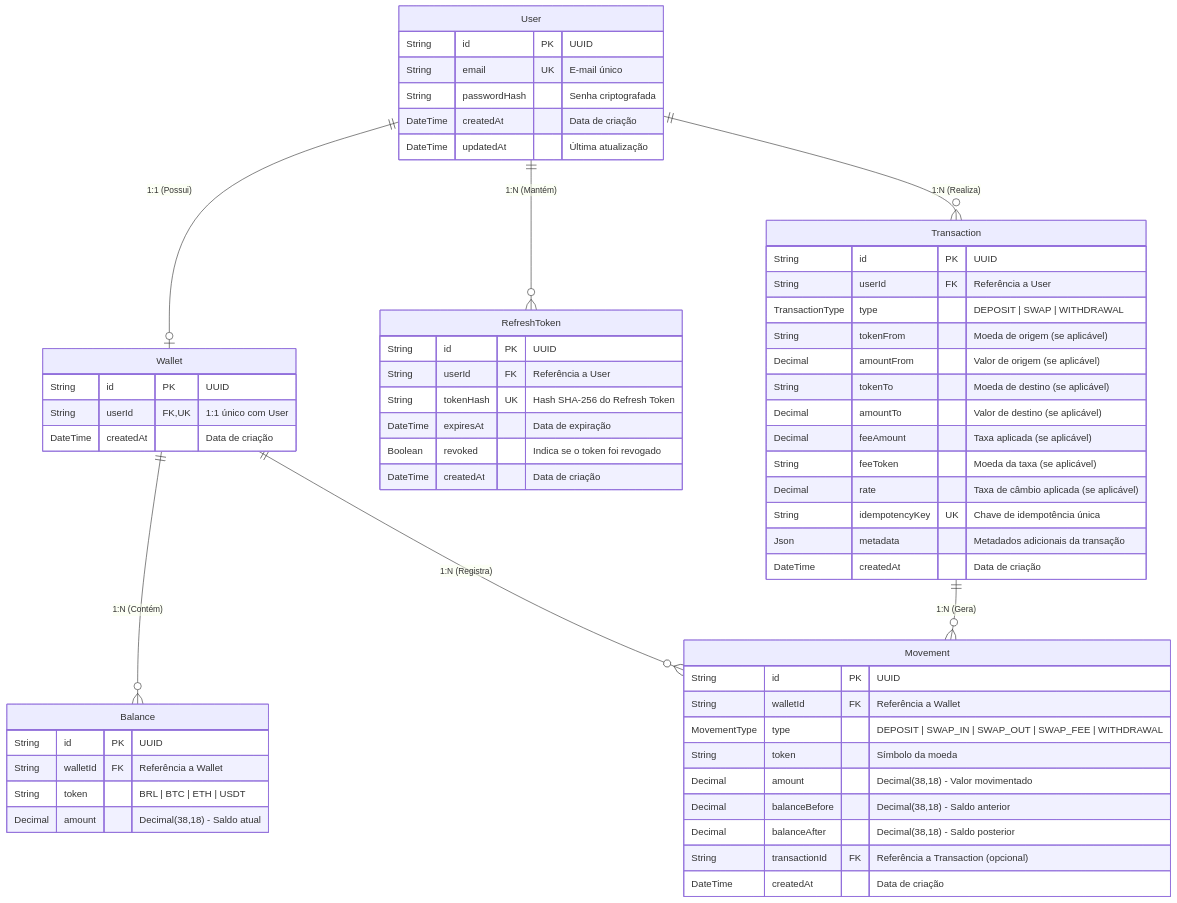
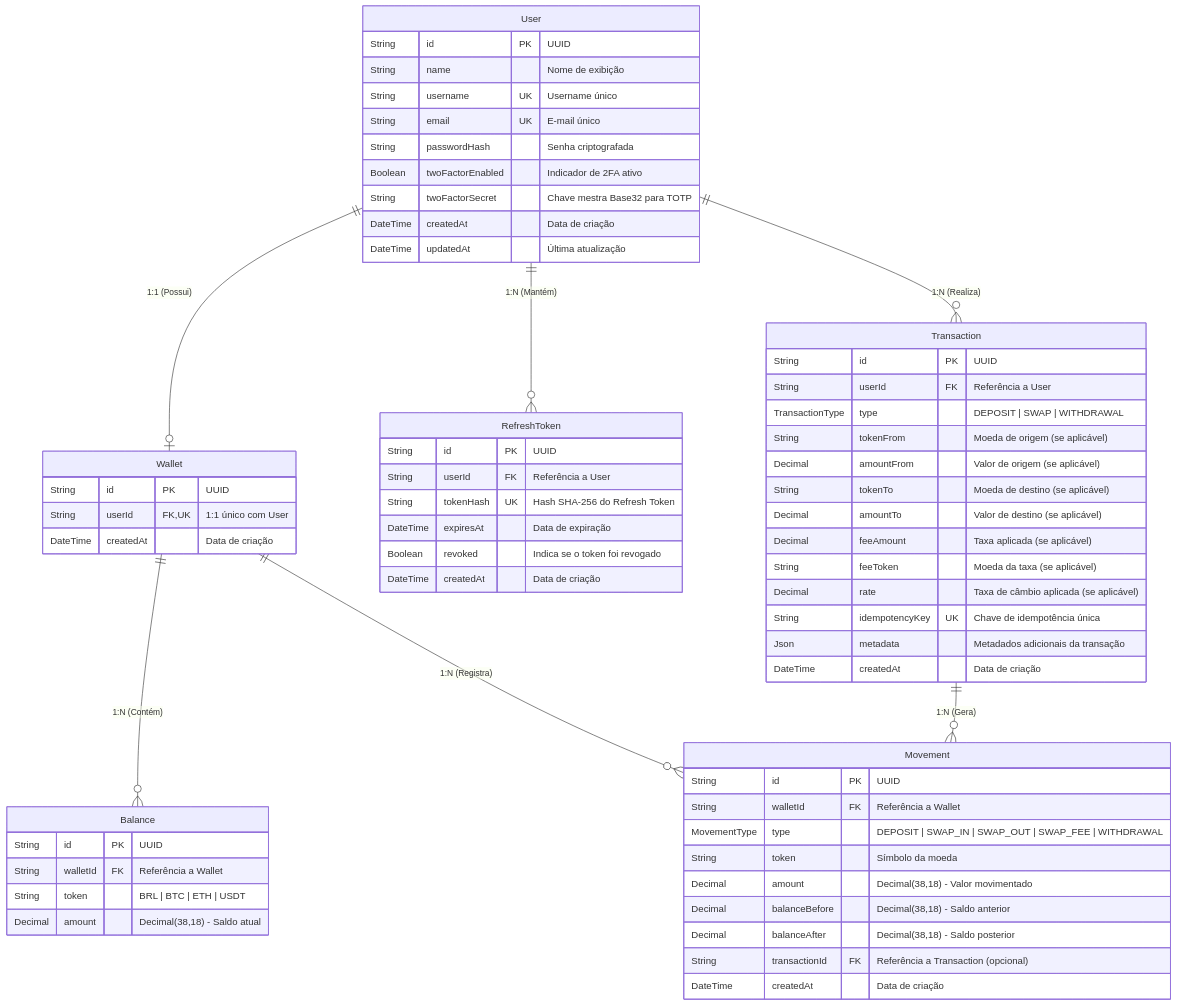
Before and after one commit to Banibu/Nexus-Wallet: the diagram in README.md, drawn with Mermaid. The commit also changed other lines of this file and 118 other files, not shown here.

````diff
--- a/README.md
+++ b/README.md
@@ -252,67 +257,71 @@
 ```mermaid
 erDiagram
     User ||--o| Wallet : "1:1 (Possui)"
     User ||--o{ RefreshToken : "1:N (Mantém)"
     User ||--o{ Transaction : "1:N (Realiza)"
     Wallet ||--o{ Balance : "1:N (Contém)"
     Wallet ||--o{ Movement : "1:N (Registra)"
     Transaction ||--o{ Movement : "1:N (Gera)"
 
     User {
       String id PK "UUID"
+      String name "Nome de exibição"
+      String username UK "Username único"
       String email UK "E-mail único"
       String passwordHash "Senha criptografada"
+      Boolean twoFactorEnabled "Indicador de 2FA ativo"
+      String twoFactorSecret "Chave mestra Base32 para TOTP"
       DateTime createdAt "Data de criação"
       DateTime updatedAt "Última atualização"
     }
     
     RefreshToken {
       String id PK "UUID"
       String userId FK "Referência a User"
       String tokenHash UK "Hash SHA-256 do Refresh Token"
       DateTime expiresAt "Data de expiração"
       Boolean revoked "Indica se o token foi revogado"
       DateTime createdAt "Data de criação"
     }
     
     Wallet {
       String id PK "UUID"
       String userId FK,UK "1:1 único com User"
       DateTime createdAt "Data de criação"
     }
     
     Balance {
       String id PK "UUID"
       String walletId FK "Referência a Wallet"
       String token "BRL | BTC | ETH | USDT"
       Decimal amount "Decimal(38,18) - Saldo atual"
     }
     
     Movement {
       String id PK "UUID"
       String walletId FK "Referência a Wallet"
       MovementType type "DEPOSIT | SWAP_IN | SWAP_OUT | SWAP_FEE | WITHDRAWAL"
       String token "Símbolo da moeda"
       Decimal amount "Decimal(38,18) - Valor movimentado"
       Decimal balanceBefore "Decimal(38,18) - Saldo anterior"
       Decimal balanceAfter "Decimal(38,18) - Saldo posterior"
       String transactionId FK "Referência a Transaction (opcional)"
       DateTime createdAt "Data de criação"
     }
     
     Transaction {
       String id PK "UUID"
       String userId FK "Referência a User"
       TransactionType type "DEPOSIT | SWAP | WITHDRAWAL"
       String tokenFrom "Moeda de origem (se aplicável)"
       Decimal amountFrom "Valor de origem (se aplicável)"
       String tokenTo "Moeda de destino (se aplicável)"
       Decimal amountTo "Valor de destino (se aplicável)"
       Decimal feeAmount "Taxa aplicada (se aplicável)"
       String feeToken "Moeda da taxa (se aplicável)"
       Decimal rate "Taxa de câmbio aplicada (se aplicável)"
       String idempotencyKey UK "Chave de idempotência única"
       Json metadata "Metadados adicionais da transação"
       DateTime createdAt "Data de criação"
     }
 ```
````
